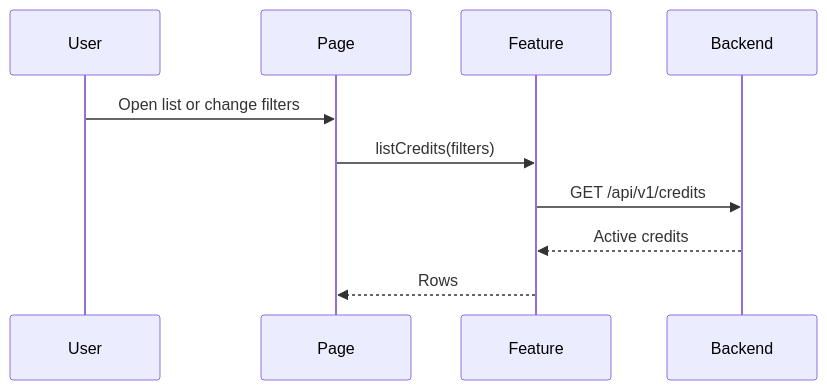
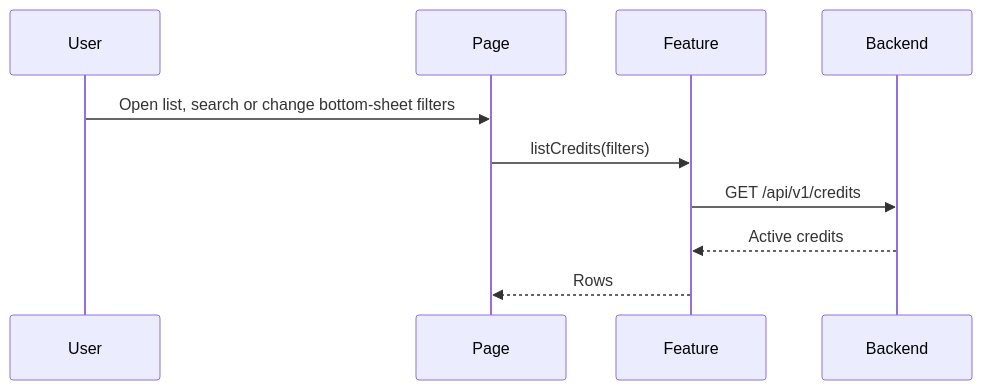
One commit to CarlosPolo019/credit-mobile changed the diagram in knowledge/credits/current-credit-query-flow.md. Above: the diagram before and after it, drawn with Mermaid. The commit also changed other lines of this file and 80 other files, not shown here.

````diff
--- a/knowledge/credits/current-credit-query-flow.md
+++ b/knowledge/credits/current-credit-query-flow.md
@@ -16,12 +18,12 @@
 ```mermaid
 sequenceDiagram
   participant User
   participant Page
   participant Feature
   participant Backend
-  User->>Page: Open list or change filters
+  User->>Page: Open list, search or change bottom-sheet filters
   Page->>Feature: listCredits(filters)
   Feature->>Backend: GET /api/v1/credits
   Backend-->>Feature: Active credits
   Feature-->>Page: Rows
 ```
````
